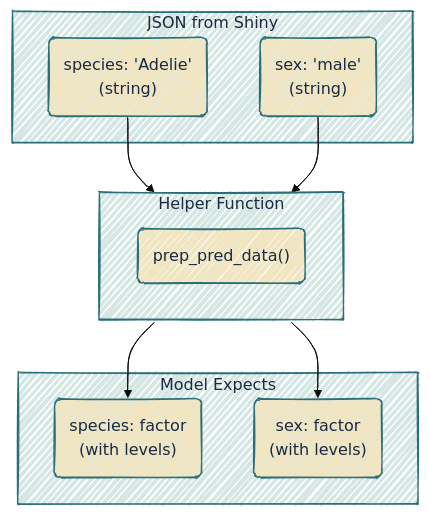
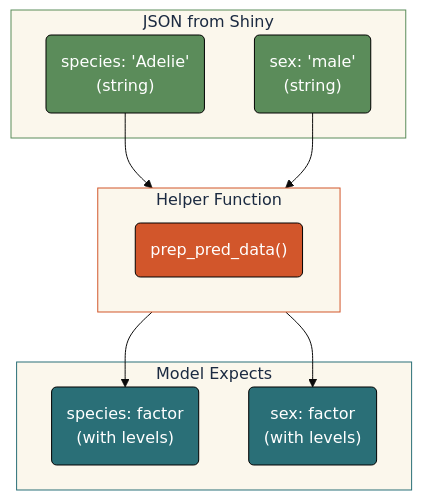
Before and after one commit to mjfrigaard/do4ds-labs: the third of 7 diagrams in plumber2.qmd, drawn with Mermaid. The commit also changed other lines of this file and 48 other files, not shown here.

````diff
--- a/plumber2.qmd
+++ b/plumber2.qmd
@@ -280,27 +282,31 @@
 ```{mermaid}
 %%| fig-width: 7.0
-%%| fig-align: center
-%%{init: {'theme': 'base', 'look': 'handDrawn', 'themeVariables': {'fontFamily': 'monospace'}}}%%
+%%| fig-align: 'center'
+%%{init: {'theme': 'base', 'themeVariables': {'fontFamily': 'monospace'}}}%%
 
 graph TB
     subgraph JSON["JSON from Shiny"]
         J1("species: 'Adelie'<br>(string)")
         J2("sex: 'male'<br>(string)")
     end
 
     subgraph Model["Model Expects"]
         M1("species: factor<br>(with levels)")
         M2("sex: factor<br>(with levels)")
     end
 
     subgraph Helper["Helper Function"]
         H("prep_pred_data()")
     end
 
     J1 & J2 --> Helper
     Helper --> M1 & M2
-    classDef default fill:#F2E6C2,stroke:#2A6F77,color:#1B2A41
-    style JSON fill:#d4e7e4,stroke:#2A6F77,color:#1B2A41
-    style Model fill:#d4e7e4,stroke:#2A6F77,color:#1B2A41
-    style Helper fill:#d4e7e4,stroke:#2A6F77,color:#1B2A41
+    style JSON fill:#fbf7ec,stroke:#5B8C5A,color:#1B2A41
+    style Model fill:#fbf7ec,stroke:#2A6F77,color:#1B2A41
+    style Helper fill:#fbf7ec,stroke:#D2562B,color:#1B2A41
+    style J1 fill:#5B8C5A,stroke:#000000,stroke-width:1px,color:#ffffff
+    style J2 fill:#5B8C5A,stroke:#000000,stroke-width:1px,color:#ffffff
+    style H fill:#D2562B,stroke:#000000,stroke-width:1px,color:#ffffff
+    style M1 fill:#2A6F77,stroke:#000000,stroke-width:1px,color:#ffffff
+    style M2 fill:#2A6F77,stroke:#000000,stroke-width:1px,color:#ffffff
 ```
````
